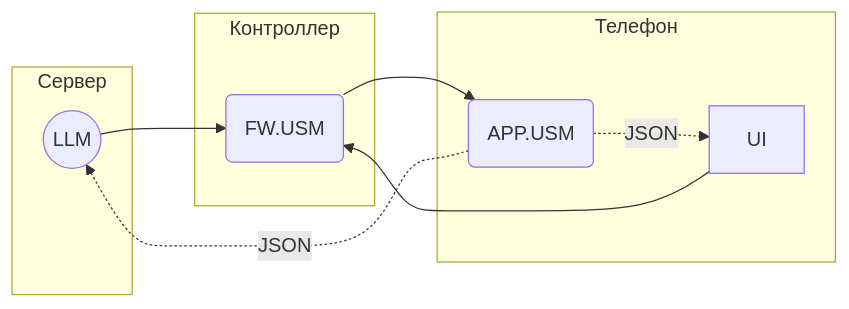
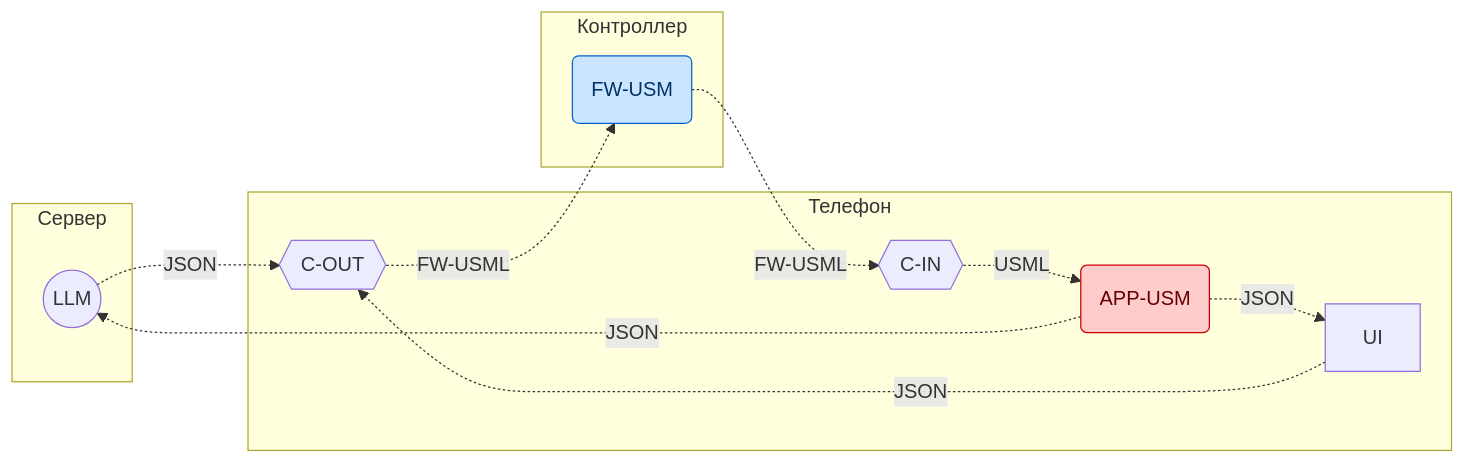
The diagram in PDS/SynapsePDS_USML.md (KhudyakovAlex/Synapse), drawn with Mermaid before and after one commit. The commit also changed other lines of this file and 4 other files, not shown here.

Commit message:
USML: update diagram with C-IN/C-OUT, color APP.USM red and FW.USM blue

````diff
--- a/PDS/SynapsePDS_USML.md
+++ b/PDS/SynapsePDS_USML.md
@@ -21,21 +27,28 @@
 ```mermaid
 flowchart LR
     subgraph Сервер
         LLM((LLM))
     end
 
     subgraph Телефон
         UI[UI]
-        APPUSM(APP.USM)
+        APPUSM(APP-USM)
+        C-IN{{C-IN}}
+        C-OUT{{C-OUT}}
     end
   
     subgraph Контроллер
-        FWUSM(FW.USM)
+        FWUSM(FW-USM)
     end
 
     APPUSM-.JSON.->UI
     APPUSM-.JSON.->LLM
-    LLM-->FWUSM
-    UI-->FWUSM
-    FWUSM-->APPUSM
+    LLM-.JSON.->C-OUT
+    UI-.JSON.->C-OUT
+    C-OUT-.FW-USML.->FWUSM
+    FWUSM-.FW-USML.->C-IN
+    C-IN-.USML.->APPUSM
+
+    style APPUSM fill:#ffcccc,stroke:#cc0000,color:#660000
+    style FWUSM fill:#cce5ff,stroke:#0066cc,color:#003366
 ```
````
